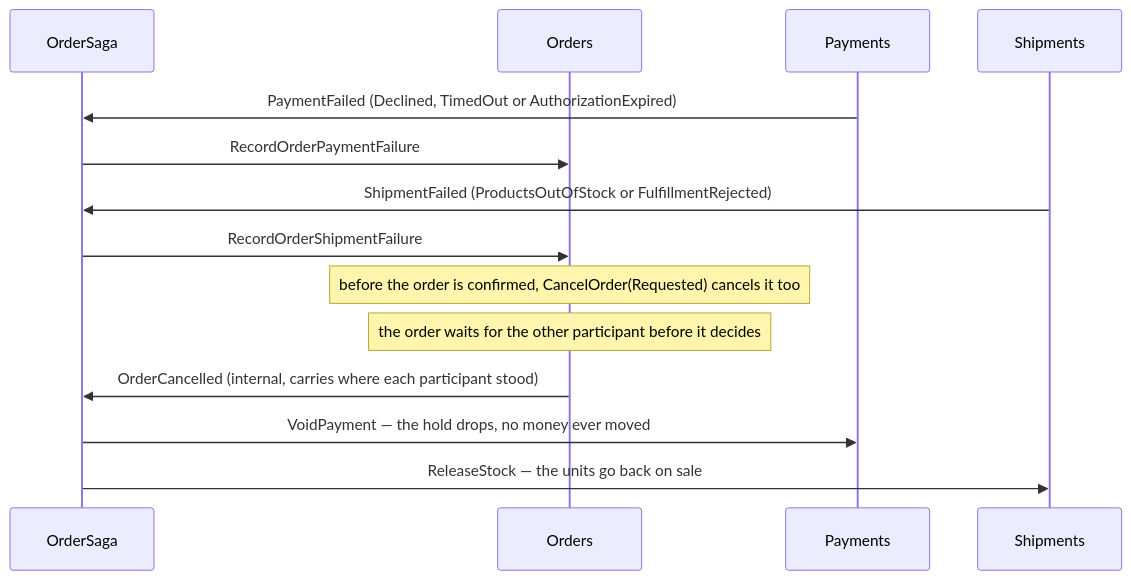
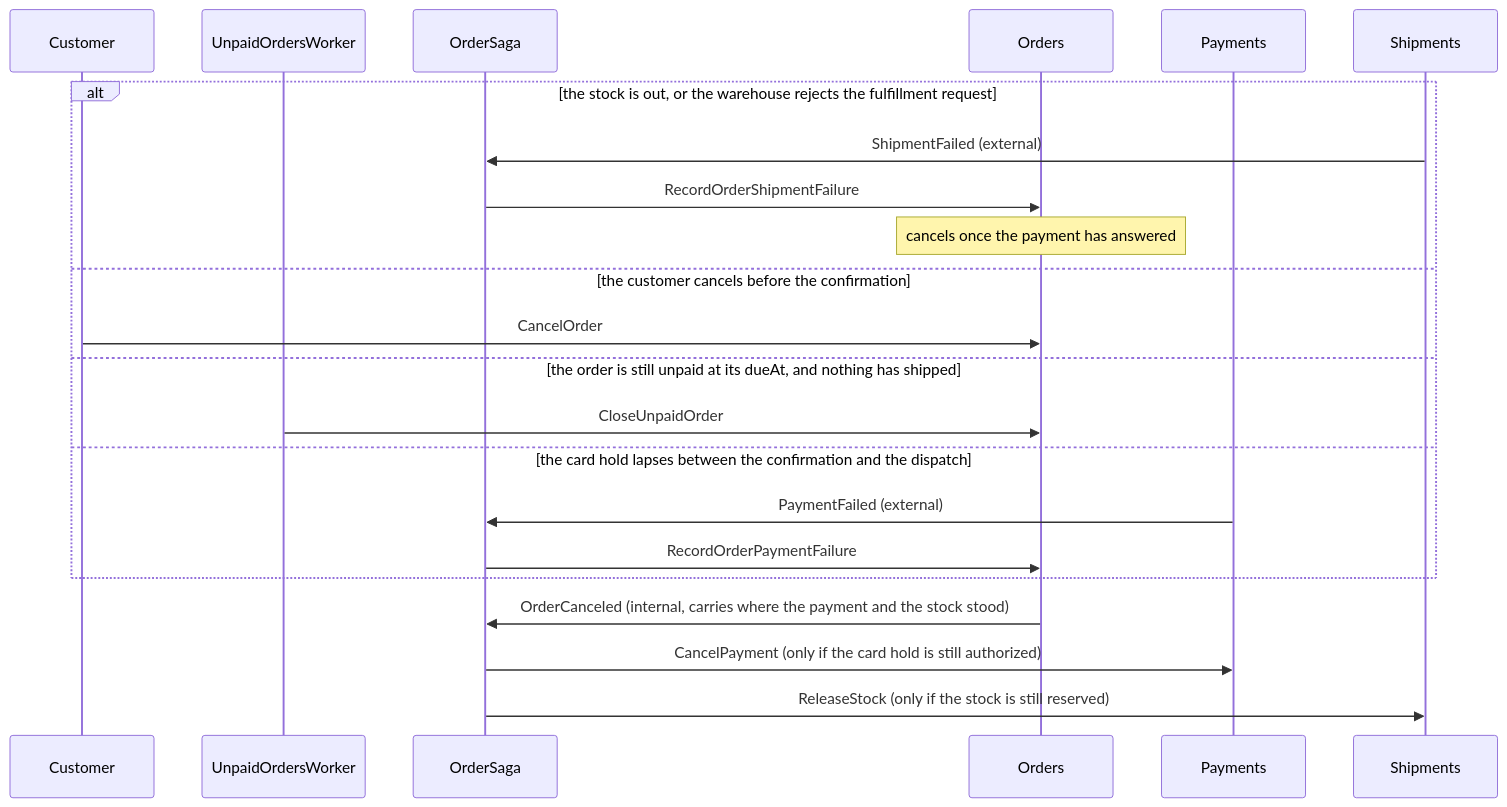
The fourth of 5 diagrams in samples/distributed-processes/README.md (oskardudycz/EventSourcing.JVM), drawn with Mermaid before and after one commit. The commit also changed other lines of this file and 257 other files, not shown here.

````diff
--- a/samples/distributed-processes/README.md
+++ b/samples/distributed-processes/README.md
@@ -318,17 +338,26 @@
 ```mermaid
 sequenceDiagram
+    participant Customer
+    participant Worker as UnpaidOrdersWorker
     participant Process as OrderSaga
     participant Order as Orders
     participant Pay as Payments
     participant Ship as Shipments
 
-    Pay->>Process: PaymentFailed (Declined, TimedOut or AuthorizationExpired)
-    Process->>Order: RecordOrderPaymentFailure
-    Ship->>Process: ShipmentFailed (ProductsOutOfStock or FulfillmentRejected)
-    Process->>Order: RecordOrderShipmentFailure
-    Note over Order: before the order is confirmed, CancelOrder(Requested) cancels it too
-    Note over Order: the order waits for the other participant before it decides
-    Order->>Process: OrderCancelled (internal, carries where each participant stood)
-    Process->>Pay: VoidPayment — the hold drops, no money ever moved
-    Process->>Ship: ReleaseStock — the units go back on sale
+    alt the stock is out, or the warehouse rejects the fulfillment request
+        Ship->>Process: ShipmentFailed (external)
+        Process->>Order: RecordOrderShipmentFailure
+        Note over Order: cancels once the payment has answered
+    else the customer cancels before the confirmation
+        Customer->>Order: CancelOrder
+    else the order is still unpaid at its dueAt, and nothing has shipped
+        Worker->>Order: CloseUnpaidOrder
+    else the card hold lapses between the confirmation and the dispatch
+        Pay->>Process: PaymentFailed (external)
+        Process->>Order: RecordOrderPaymentFailure
+    end
+
+    Order->>Process: OrderCanceled (internal, carries where the payment and the stock stood)
+    Process->>Pay: CancelPayment (only if the card hold is still authorized)
+    Process->>Ship: ReleaseStock (only if the stock is still reserved)
 ```
````
